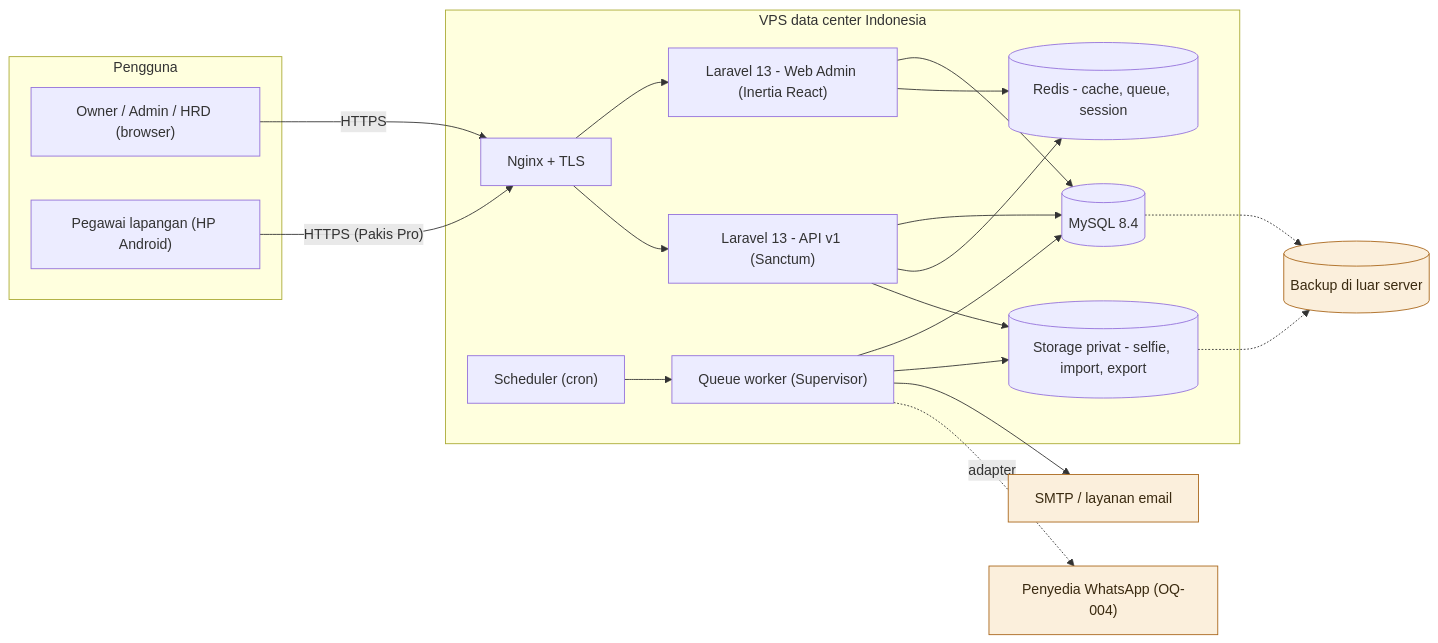
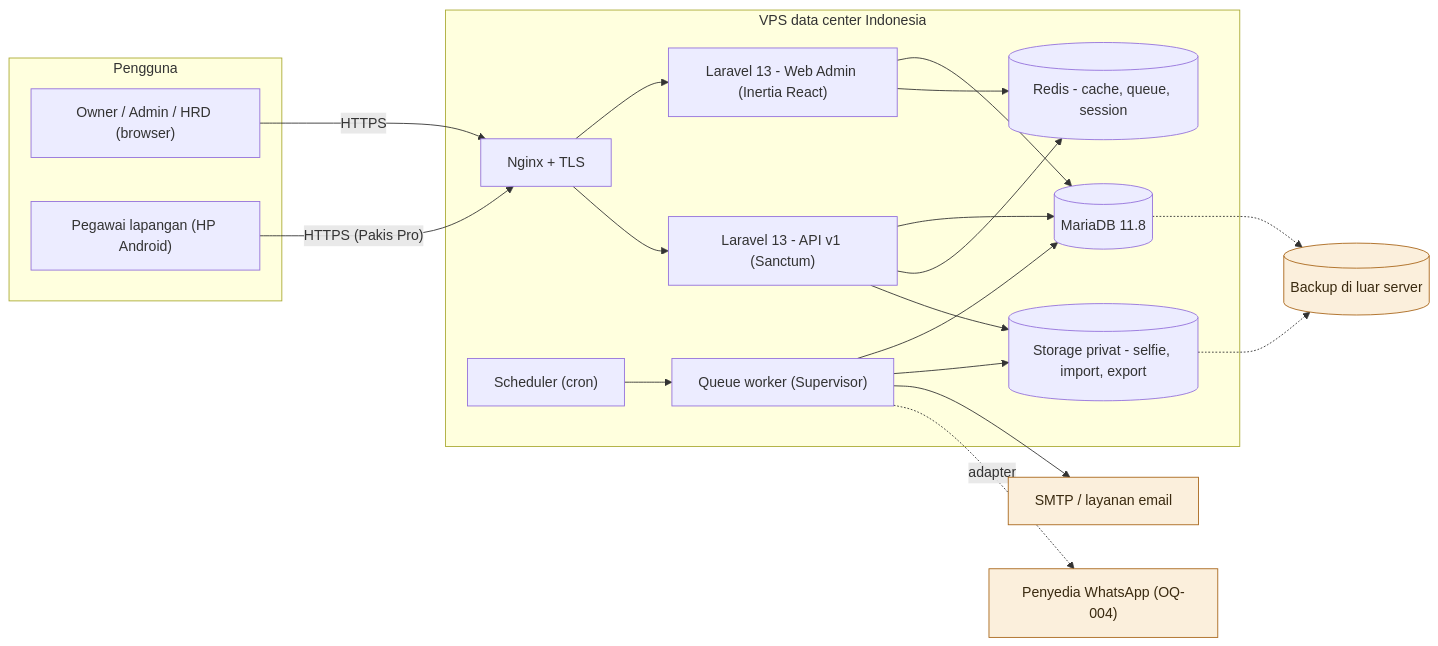
The first of 3 diagrams in docs/03-ARCHITECTURE.md (masyasin/pakis), drawn with Mermaid before and after one commit. The commit also changed other lines of this file and 12 other files, not shown here.

````diff
--- a/docs/03-ARCHITECTURE.md
+++ b/docs/03-ARCHITECTURE.md
@@ -9,38 +9,38 @@
 ```mermaid
 flowchart LR
   subgraph Pengguna
     ADM["Owner / Admin / HRD (browser)"]
     PEG["Pegawai lapangan (HP Android)"]
   end
   subgraph VPS["VPS data center Indonesia"]
     NGX["Nginx + TLS"]
     WEB["Laravel 13 - Web Admin (Inertia React)"]
     API["Laravel 13 - API v1 (Sanctum)"]
     WRK["Queue worker (Supervisor)"]
     SCH["Scheduler (cron)"]
-    DB[("MySQL 8.4")]
+    DB[("MariaDB 11.8")]
     RDS[("Redis - cache, queue, session")]
     STG[("Storage privat - selfie, import, export")]
   end
   MAIL["SMTP / layanan email"]
   WA["Penyedia WhatsApp (OQ-004)"]
   BAK[("Backup di luar server")]
   ADM -->|HTTPS| NGX
   PEG -->|"HTTPS (Pakis Pro)"| NGX
   NGX --> WEB
   NGX --> API
   WEB --> DB
   API --> DB
   WEB --> RDS
   API --> RDS
   WRK --> DB
   WRK --> STG
   API --> STG
   WRK --> MAIL
   WRK -.->|adapter| WA
   SCH --> WRK
   DB -.-> BAK
   STG -.-> BAK
   classDef ext fill:#FBEFDC,stroke:#A9661A,color:#3a2a10
   class MAIL,WA,BAK ext
 ```
````
